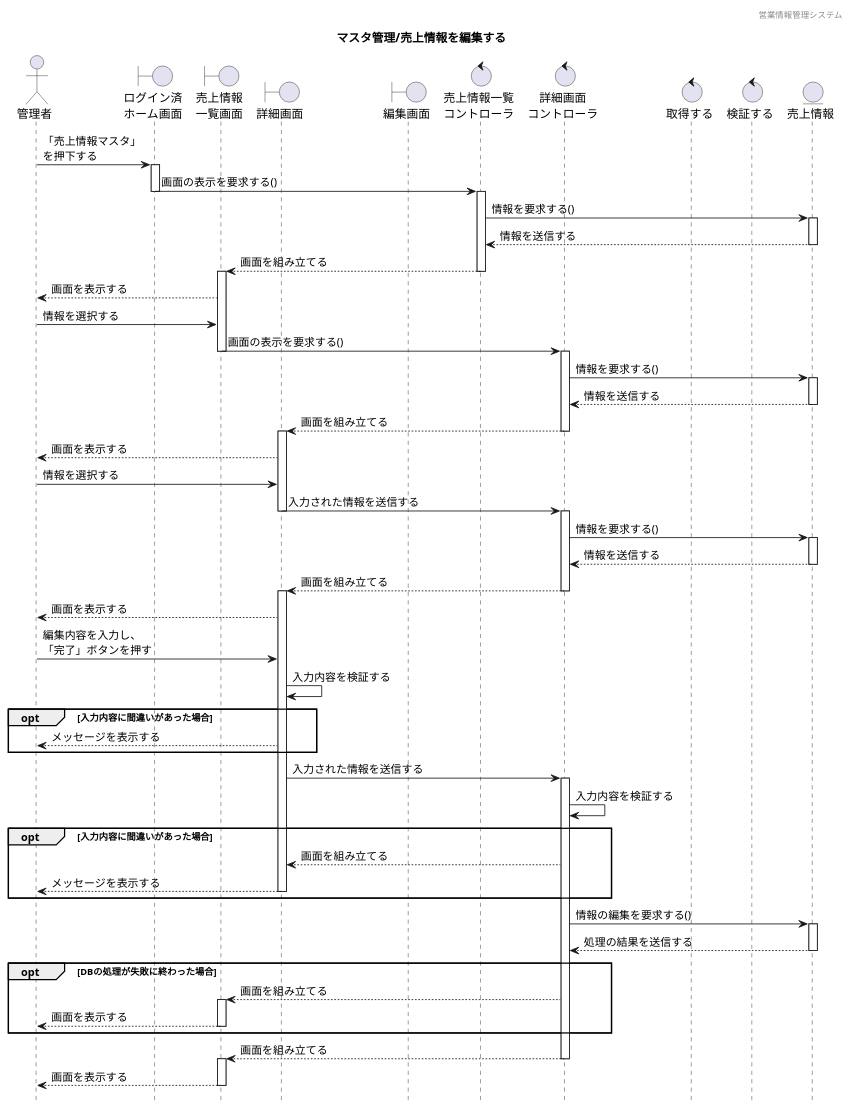
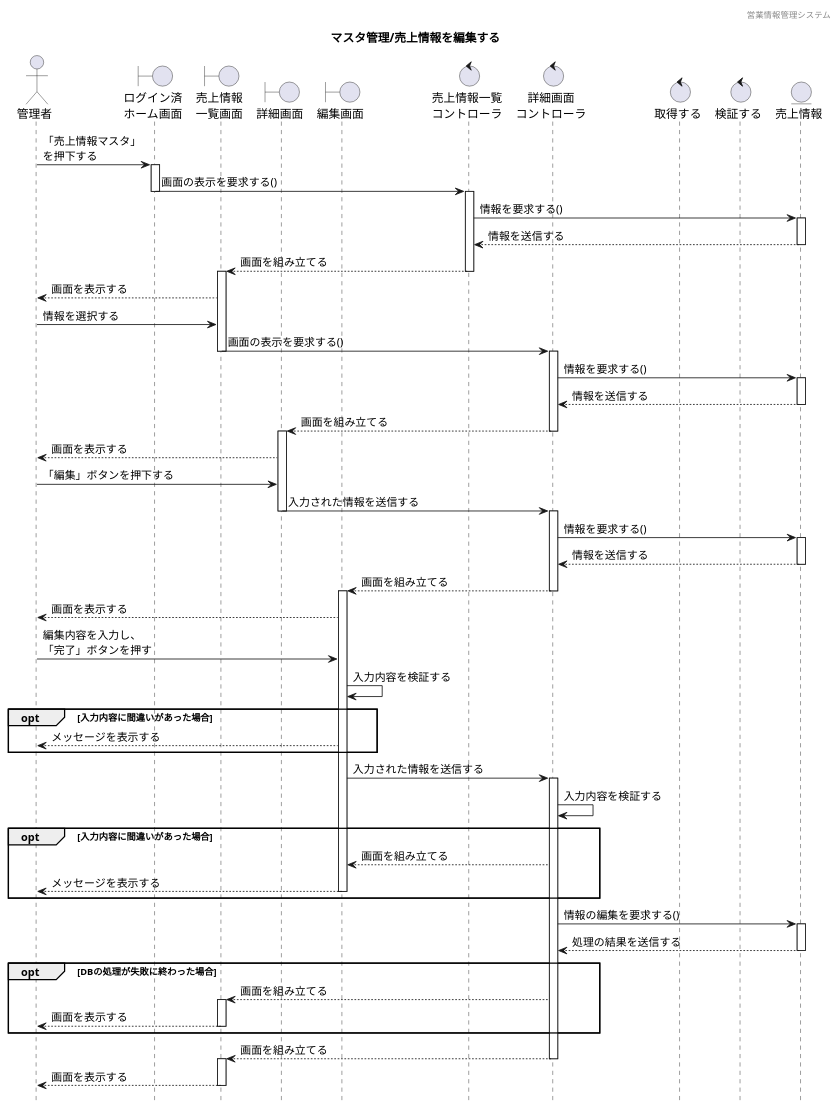
The diagram in 各種設計書/4シーケンス図/マスタ管理/6.売上情報マスタ/売上情報管理_編集.plantuml (HaruShim/Sotuken), drawn with PlantUML before and after one commit. The commit also changed 1 other file, not shown here.

```diff
--- a/各種設計書/4シーケンス図/マスタ管理/6.売上情報マスタ/売上情報管理_編集.plantuml
+++ b/各種設計書/4シーケンス図/マスタ管理/6.売上情報マスタ/売上情報管理_編集.plantuml
@@ -1,92 +1,92 @@
 @startuml ../../images/売上情報マスタ/売上情報管理_編集
 
 hide footbox
 header 営業情報管理システム
 title マスタ管理/売上情報を編集する
 
 ' actor "" as a
 actor "管理者" as a1
 
 ' boundary "" as b
 boundary "ログイン済\nホーム画面" as b1
 boundary "売上情報\n一覧画面" as b2
 boundary "詳細画面" as b3
 boundary "編集画面" as b4
 
 ' control "" as c
 control "売上情報一覧\nコントローラ" as c1
 control "詳細画面\nコントローラ" as c2
 control "取得する" as c3
 control "検証する" as c4
 
 ' entity "" as e
 entity "売上情報" as e1
 
 a1 -> b1:「売上情報マスタ」\nを押下する
 activate b1
 b1 -> c1:画面の表示を要求する()
 deactivate b1
 activate c1
 c1 -> e1 : 情報を要求する()
 activate e1
 e1 --> c1 : 情報を送信する
 deactivate e1
 c1 --> b2: 画面を組み立てる
 deactivate c1
 activate b2
 b2 --> a1 : 画面を表示する
 a1 -> b2 : 情報を選択する
 b2 -> c2 : 画面の表示を要求する()
 deactivate b2
 activate c2
 c2 -> e1 : 情報を要求する()
 activate e1
 e1 --> c2 : 情報を送信する
 deactivate e1
 c2 --> b3 : 画面を組み立てる
 deactivate c2
 activate b3
 b3 --> a1 : 画面を表示する
-a1 -> b3 : 情報を選択する
+a1 -> b3 : 「編集」ボタンを押下する
 b3 -> c2 : 入力された情報を送信する
 deactivate b3
 activate c2
 c2 -> e1 : 情報を要求する()
 activate e1
 e1 --> c2 : 情報を送信する
 deactivate e1
-c2 --> b3 : 画面を組み立てる
+c2 --> b4 : 画面を組み立てる
 deactivate c2
-activate b3
-b3 --> a1 : 画面を表示する
-a1 -> b3 : 編集内容を入力し、\n「完了」ボタンを押す
-b3 -> b3 : 入力内容を検証する
+activate b4
+b4 --> a1 : 画面を表示する
+a1 -> b4 : 編集内容を入力し、\n「完了」ボタンを押す
+b4 -> b4 : 入力内容を検証する
 opt 入力内容に間違いがあった場合
-b3 --> a1 : メッセージを表示する
+b4 --> a1 : メッセージを表示する
 end
-b3 -> c2 : 入力された情報を送信する
+b4 -> c2 : 入力された情報を送信する
 activate c2
 c2 -> c2 : 入力内容を検証する
 opt 入力内容に間違いがあった場合
-c2 --> b3: 画面を組み立てる
-b3 --> a1 : メッセージを表示する 
-deactivate b3
+c2 --> b4: 画面を組み立てる
+b4 --> a1 : メッセージを表示する 
+deactivate b4
 end
 c2 -> e1 : 情報の編集を要求する()
 activate e1
 e1 --> c2 : 処理の結果を送信する
 deactivate e1
 opt DBの処理が失敗に終わった場合
 c2 --> b2 : 画面を組み立てる
 
 activate b2
 b2 --> a1 : 画面を表示する
 deactivate b2
 end
 c2 --> b2 : 画面を組み立てる
 deactivate c2
 activate b2
 b2 --> a1 : 画面を表示する
 deactivate b2
 
 @enduml
```
